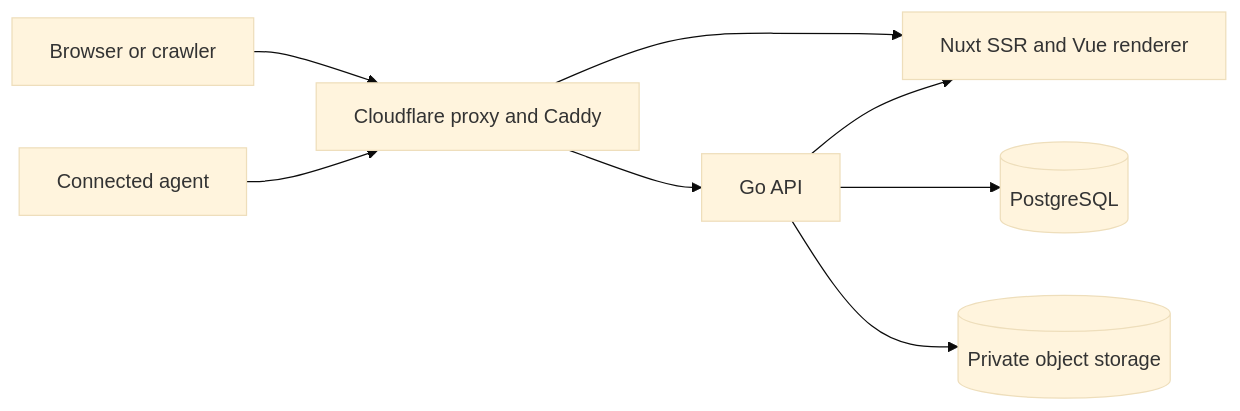
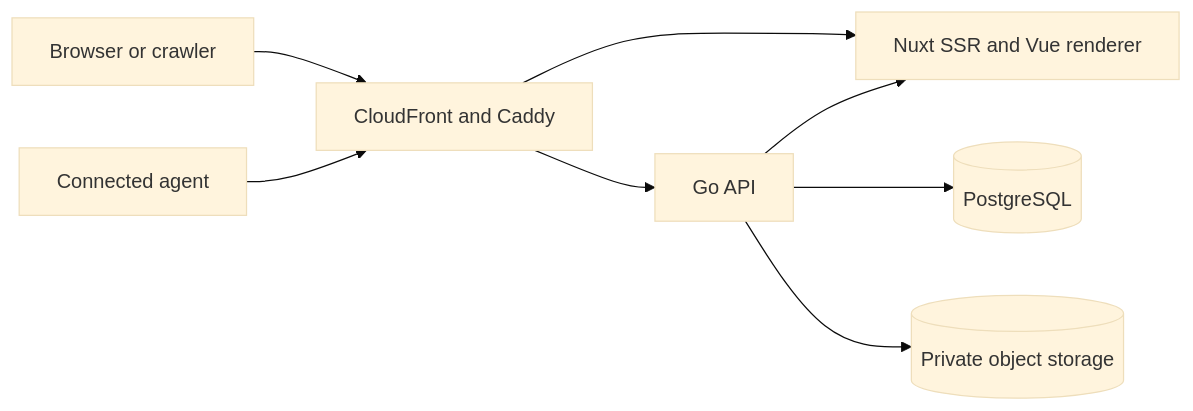
The diagram in docs/design/README.md (dannyota/aboutme), drawn with Mermaid (base theme) before and after one commit. The commit also changed 15 other files, not shown here.

First line of the commit message:
docs: describe CloudFront as the production edge

````diff
--- a/docs/design/README.md
+++ b/docs/design/README.md
@@ -42,10 +42,10 @@
 ```mermaid
 graph LR
-    B[Browser or crawler] --> C[Cloudflare proxy and Caddy]
+    B[Browser or crawler] --> C[CloudFront and Caddy]
     A[Connected agent] --> C
     C --> N[Nuxt SSR and Vue renderer]
     C --> G[Go API]
     G --> P[(PostgreSQL)]
     G --> S[(Private object storage)]
     G --> N
 ```
````
